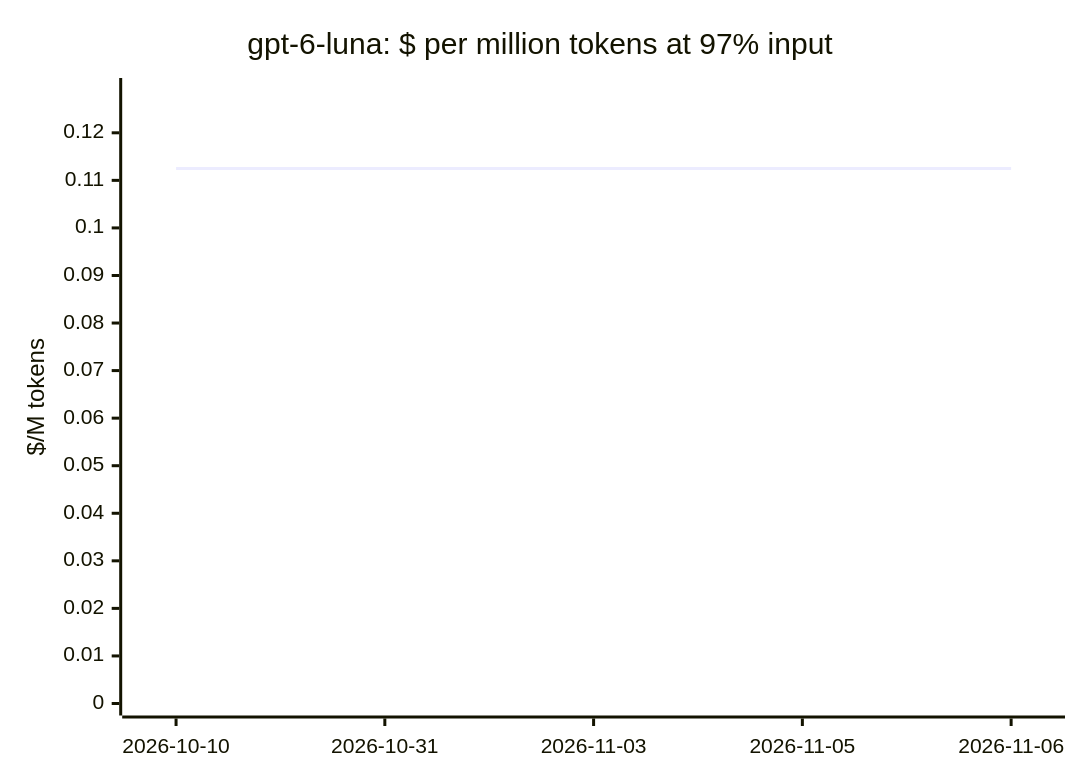
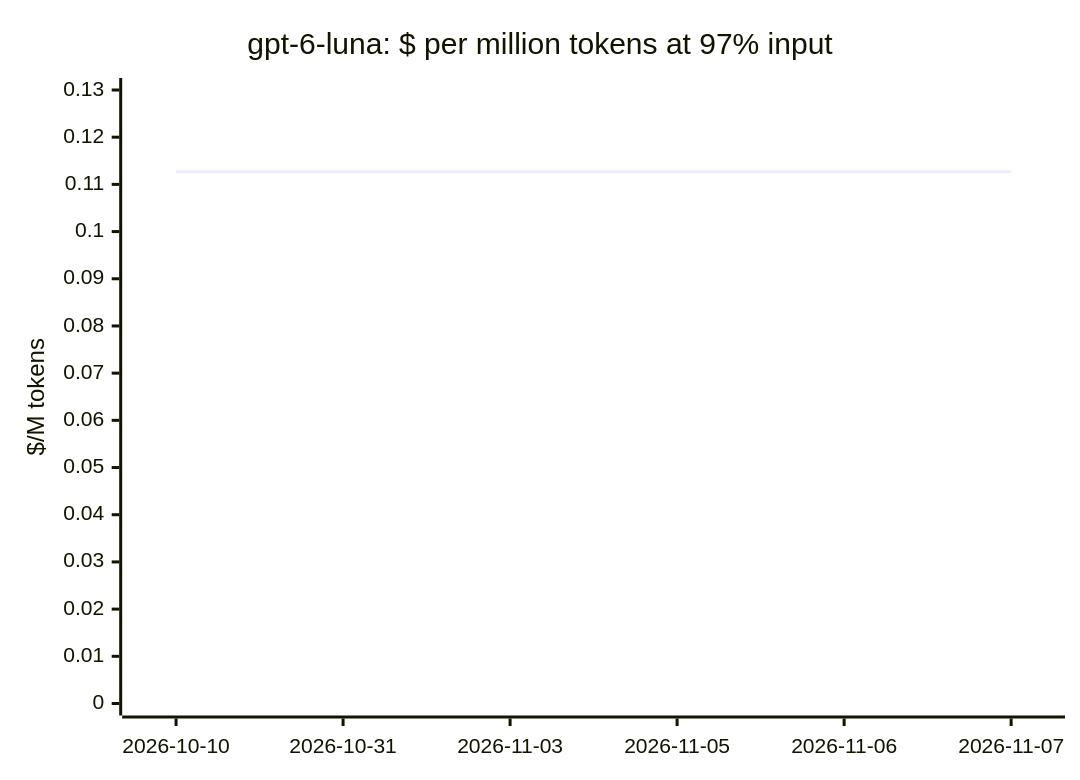
One commit to cklukas/OMEGA_TRANSFORM changed diagram 11 of 20 in docs/openrouter-models.md. Above: the diagram before and after it, drawn with Mermaid. The commit also changed other lines of this file and 68 other files, not shown here.

````diff
--- a/docs/openrouter-models.md
+++ b/docs/openrouter-models.md
@@ -242,7 +231,7 @@
 ```mermaid
 xychart-beta
     title "gpt-6-luna: $ per million tokens at 97% input"
-    x-axis ["2026-10-10", "2026-10-31", "2026-11-03", "2026-11-05", "2026-11-06"]
-    y-axis "$/M tokens" 0 --> 0.129
-    line [0.1125, 0.1125, 0.1125, 0.1125, 0.1125]
+    x-axis ["2026-10-10", "2026-10-31", "2026-11-03", "2026-11-05", "2026-11-06", "2026-11-07"]
+    y-axis "$/M tokens" 0 --> 0.13
+    line [0.1127, 0.1127, 0.1127, 0.1127, 0.1127, 0.1127]
 ```
````
